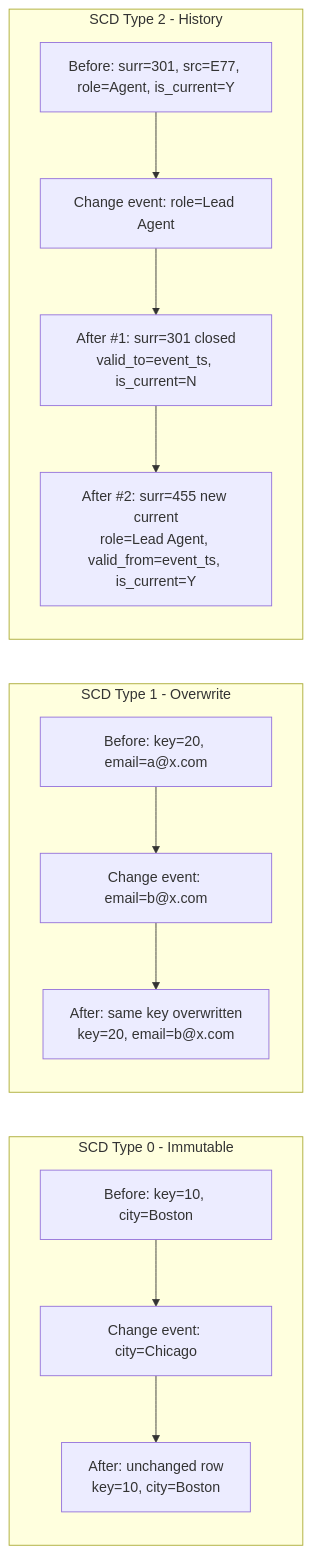
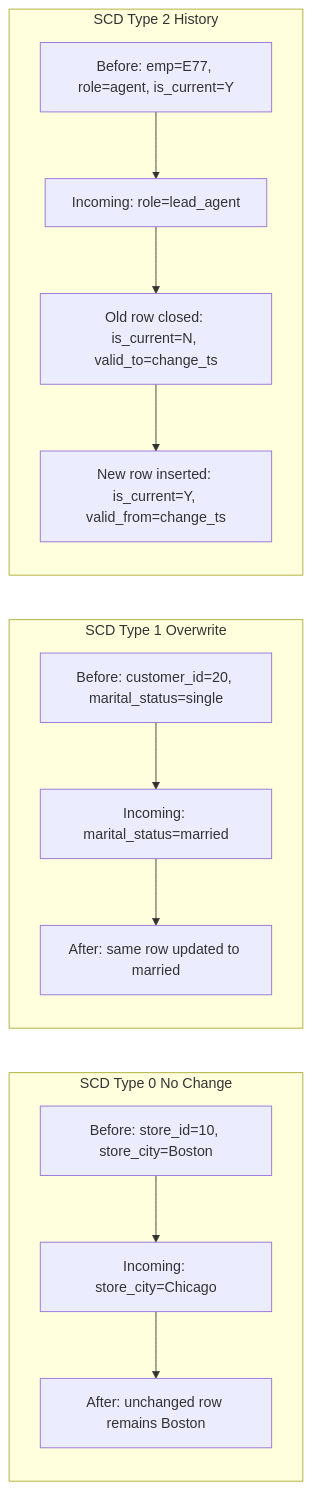
Before and after one commit to sumikara/retail-datawarehouse-e2e: diagram 11 of 12 in architectural-design-pngs.md, drawn with Mermaid. The commit also changed other lines of this file, not shown here.

Commit message:
docs: fix mermaid syntax for github renderer

````diff
--- a/architectural-design-pngs.md
+++ b/architectural-design-pngs.md
@@ -320,22 +380,24 @@
 ```mermaid
 flowchart LR
-    subgraph T0[SCD Type 0 - Immutable]
-        T0A[Before: key=10, city=Boston]
-        T0B[Change event: city=Chicago]
-        T0C[After: unchanged row\nkey=10, city=Boston]
-        T0A --> T0B --> T0C
+    subgraph S0[SCD Type 0 No Change]
+      A1[Before: store_id=10, store_city=Boston]
+      A2[Incoming: store_city=Chicago]
+      A3[After: unchanged row remains Boston]
+      A1 --> A2 --> A3
     end
-    subgraph T1[SCD Type 1 - Overwrite]
-        T1A[Before: key=20, email=a@x.com]
-        T1B[Change event: email=b@x.com]
-        T1C[After: same key overwritten\nkey=20, email=b@x.com]
-        T1A --> T1B --> T1C
+
+    subgraph S1[SCD Type 1 Overwrite]
+      B1[Before: customer_id=20, marital_status=single]
+      B2[Incoming: marital_status=married]
+      B3[After: same row updated to married]
+      B1 --> B2 --> B3
     end
-    subgraph T2[SCD Type 2 - History]
-        T2A[Before: surr=301, src=E77, role=Agent, is_current=Y]
-        T2B[Change event: role=Lead Agent]
-        T2C[After #1: surr=301 closed\nvalid_to=event_ts, is_current=N]
-        T2D[After #2: surr=455 new current\nrole=Lead Agent, valid_from=event_ts, is_current=Y]
-        T2A --> T2B --> T2C --> T2D
+
+    subgraph S2[SCD Type 2 History]
+      C1[Before: emp=E77, role=agent, is_current=Y]
+      C2[Incoming: role=lead_agent]
+      C3[Old row closed: is_current=N, valid_to=change_ts]
+      C4[New row inserted: is_current=Y, valid_from=change_ts]
+      C1 --> C2 --> C3 --> C4
     end
 ```
````
